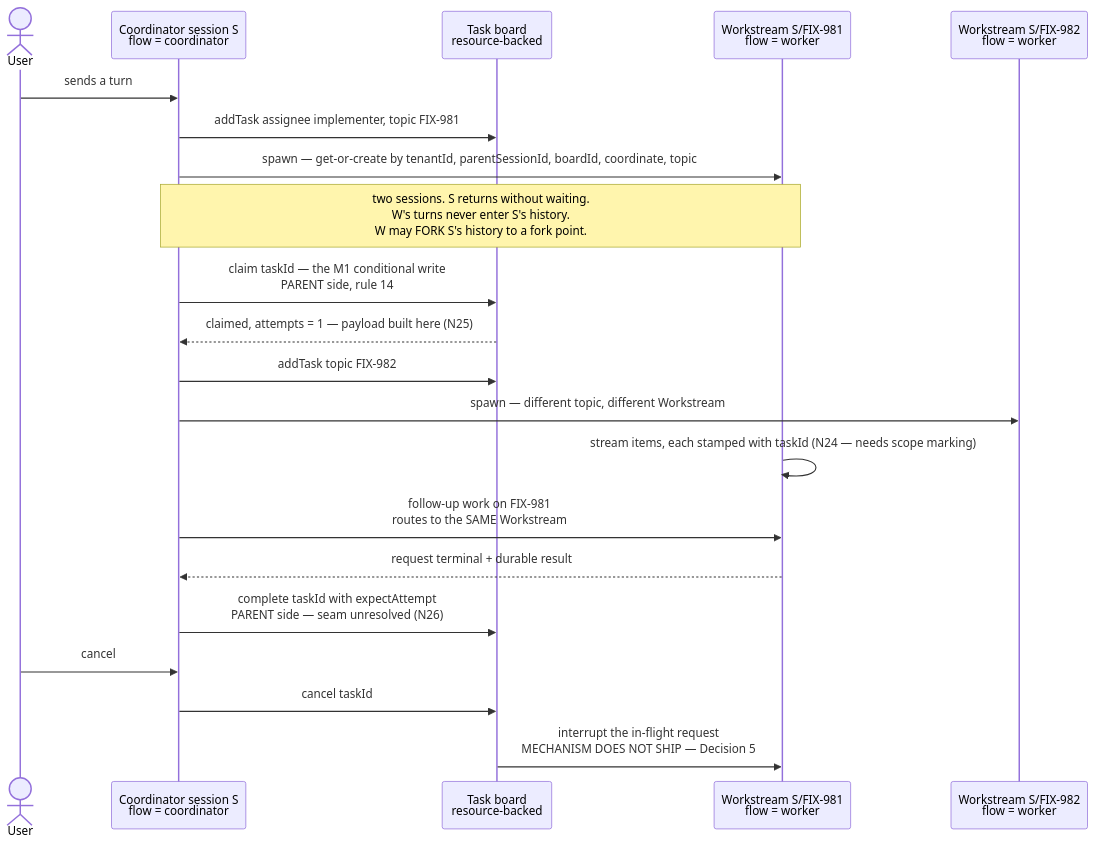
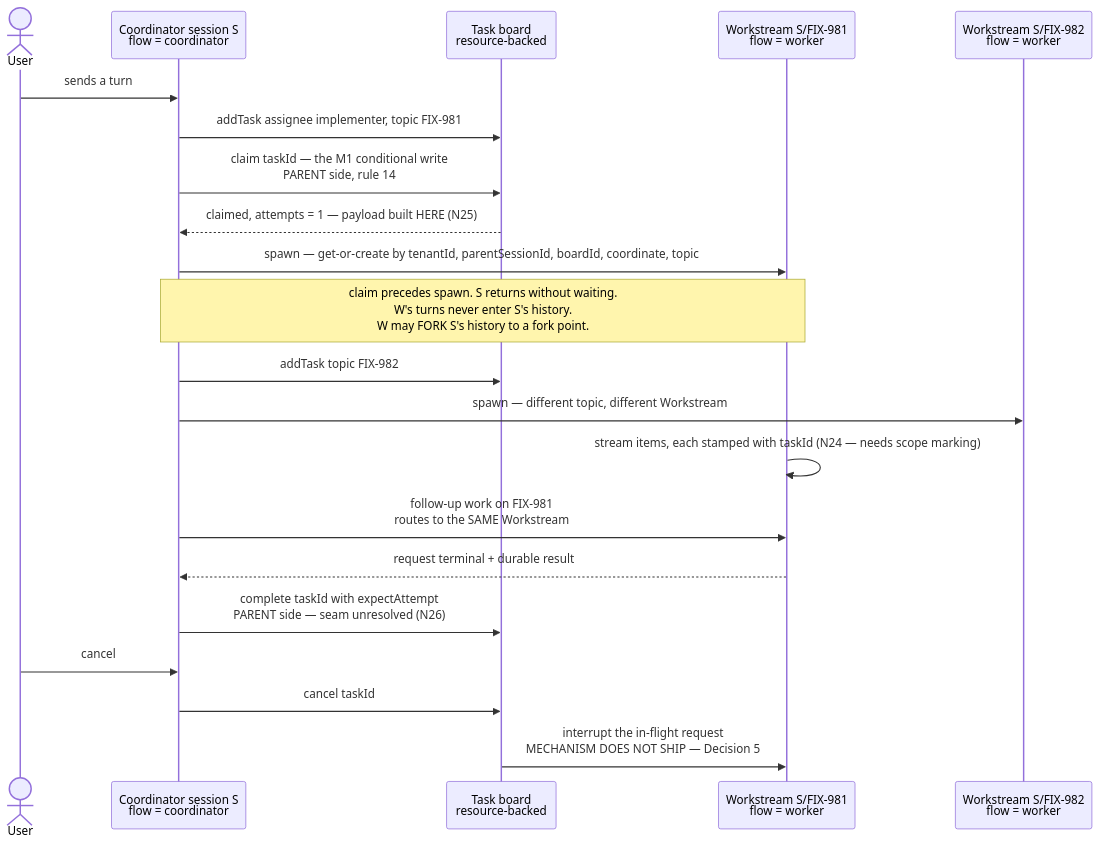
One commit to fixpoint-labs/flow-state-dev changed the first of 2 diagrams in docs/specs/_epics/durable-jobs.md. Above: the diagram before and after it, drawn with Mermaid. The commit also changed other lines of this file and 1 other file, not shown here.

First line of the commit message:
docs(epic): claim before spawn; scope the orthogonality claim; live state out of the index

````diff
--- a/docs/specs/_epics/durable-jobs.md
+++ b/docs/specs/_epics/durable-jobs.md
@@ -39,24 +39,24 @@
 ```mermaid
 sequenceDiagram
   actor U as User
   participant C as Coordinator session S<br/>flow = coordinator
   participant B as Task board<br/>resource-backed
   participant W as Workstream S/FIX-981<br/>flow = worker
   participant W2 as Workstream S/FIX-982<br/>flow = worker
 
   U->>C: sends a turn
   C->>B: addTask assignee implementer, topic FIX-981
+  C->>B: claim taskId — the M1 conditional write<br/>PARENT side, rule 14
+  B-->>C: claimed, attempts = 1 — payload built HERE (N25)
   C->>W: spawn — get-or-create by tenantId, parentSessionId, boardId, coordinate, topic
-  Note over C,W: two sessions. S returns without waiting.<br/>W's turns never enter S's history.<br/>W may FORK S's history to a fork point.
-  C->>B: claim taskId — the M1 conditional write<br/>PARENT side, rule 14
-  B-->>C: claimed, attempts = 1 — payload built here (N25)
+  Note over C,W: claim precedes spawn. S returns without waiting.<br/>W's turns never enter S's history.<br/>W may FORK S's history to a fork point.
   C->>B: addTask topic FIX-982
   C->>W2: spawn — different topic, different Workstream
   W->>W: stream items, each stamped with taskId (N24 — needs scope marking)
   C->>W: follow-up work on FIX-981<br/>routes to the SAME Workstream
   W-->>C: request terminal + durable result
   C->>B: complete taskId with expectAttempt<br/>PARENT side — seam unresolved (N26)
   U->>C: cancel
   C->>B: cancel taskId
   B->>W: interrupt the in-flight request<br/>MECHANISM DOES NOT SHIP — Decision 5
 ```
````
